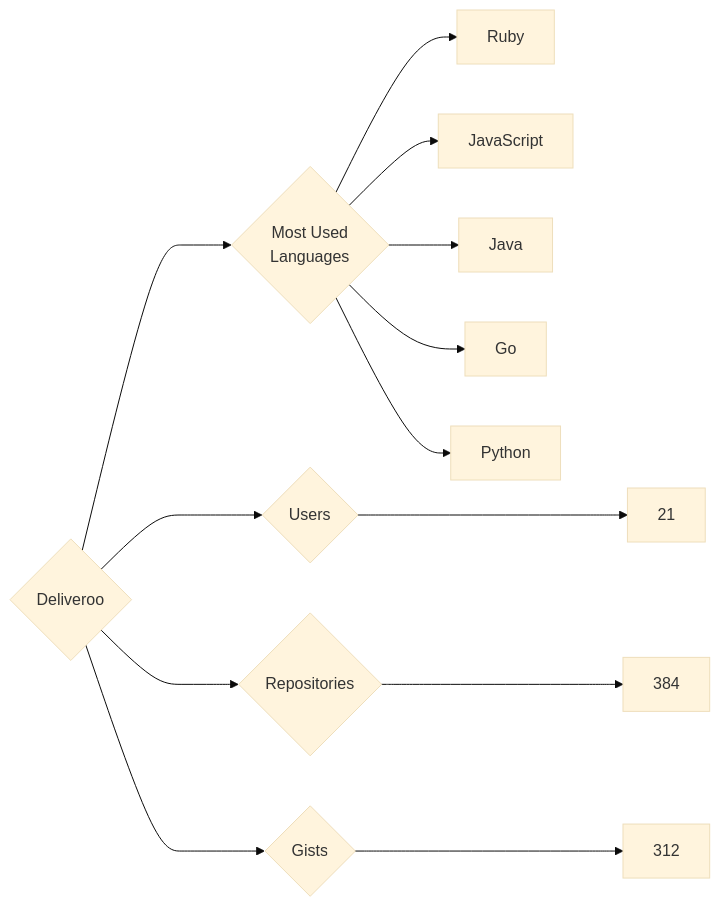
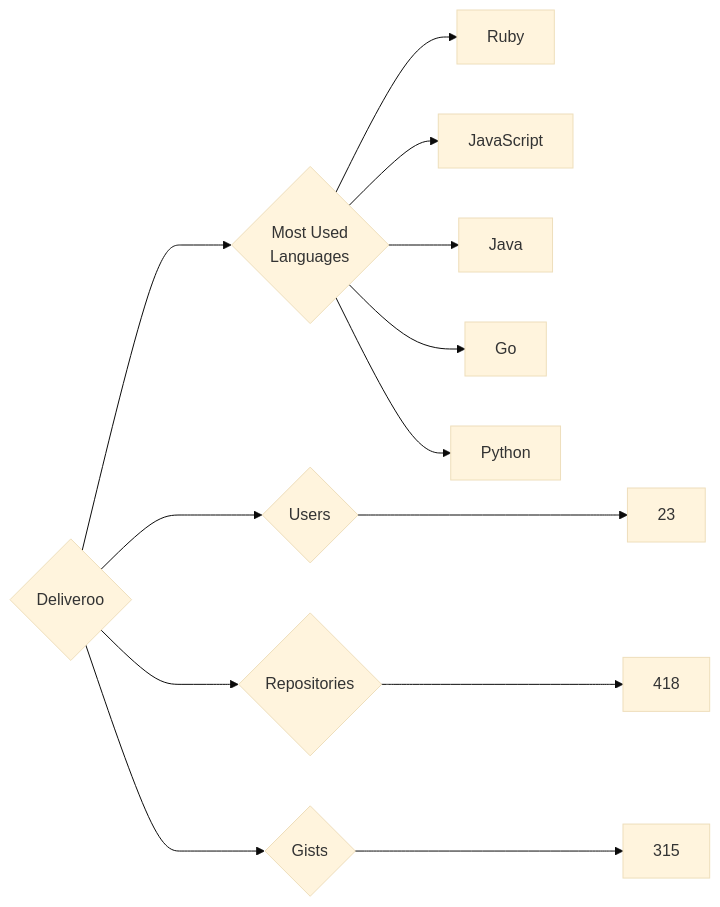
The diagram in targets/Deliveroo/README.md (trickest/insiders), drawn with Mermaid (base theme) before and after one commit. The commit also changed 1195 other files, not shown here.

````diff
--- a/targets/Deliveroo/README.md
+++ b/targets/Deliveroo/README.md
@@ -3,13 +3,13 @@
 ```mermaid
 graph LR
 COMPANY_NAME{Deliveroo}
-COMPANY_NAME ---> U{Users} ---> UN[21]
-COMPANY_NAME ---> R{Repositories} ---> RN[384]
-COMPANY_NAME ---> G{Gists} ---> GN[312]
+COMPANY_NAME ---> U{Users} ---> UN[23]
+COMPANY_NAME ---> R{Repositories} ---> RN[418]
+COMPANY_NAME ---> G{Gists} ---> GN[315]
 COMPANY_NAME ---> ML{Most Used<br>Languages}
 ML --> Ruby[Ruby]
 ML --> JavaScript[JavaScript]
 ML --> Java[Java]
 ML --> Go[Go]
 ML --> Python[Python]
 ```
````
